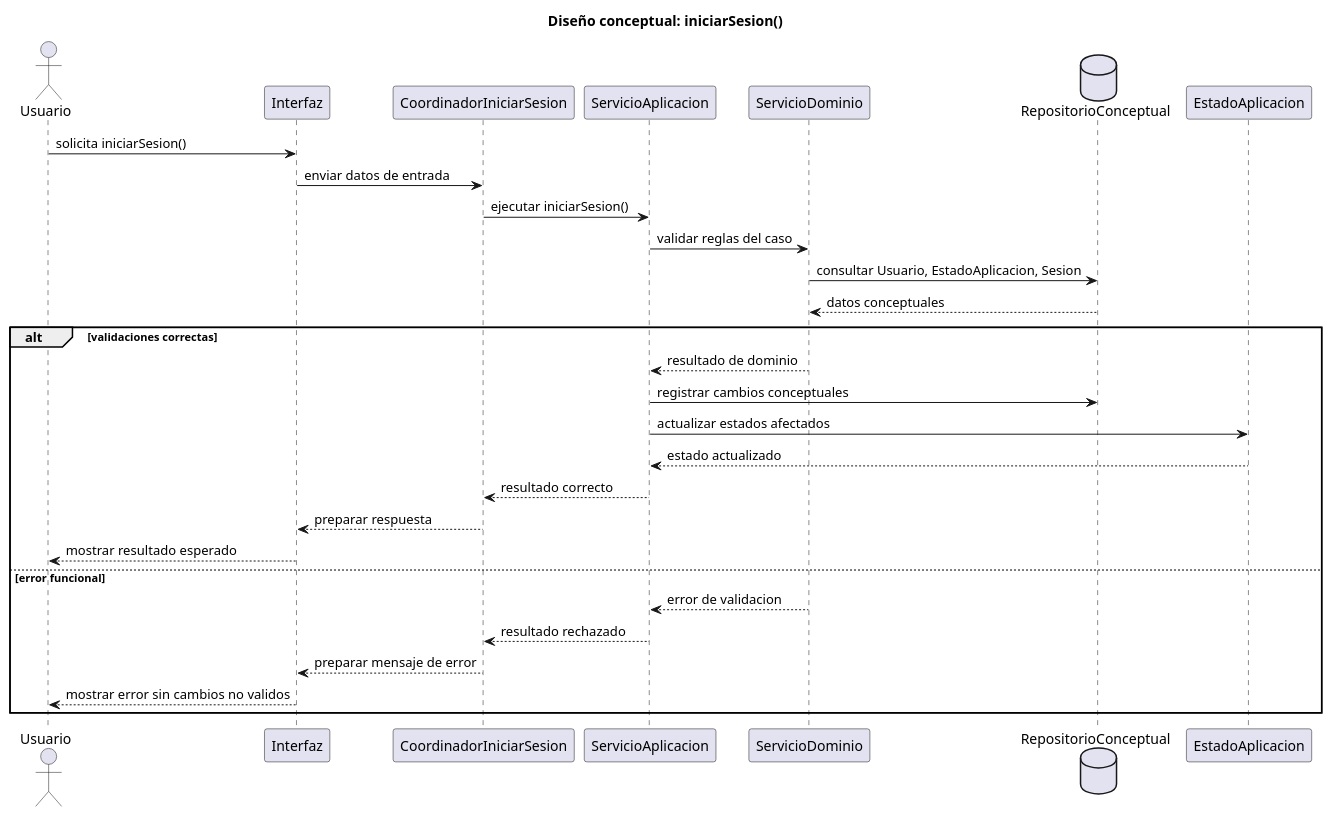
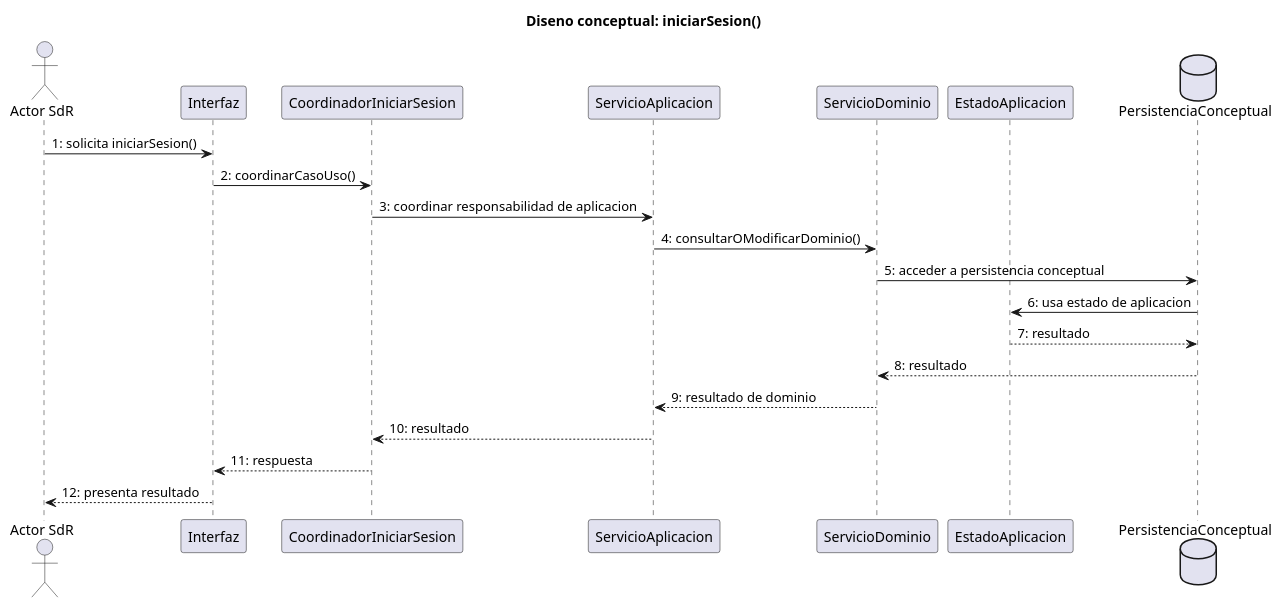
One commit to inigovaqueroo04/25-26-idsw2-sdVC changed the diagram in documents/RUP/02-diseño/casos-uso/gestion-sesion/iniciarSesion/README.md. Above: the diagram before and after it, drawn with PlantUML. The commit also changed other lines of this file and 24 other files, not shown here.

Commit message:
docs: validar trazabilidad integral de diseno

````diff
--- a/documents/RUP/02-diseño/casos-uso/gestion-sesion/iniciarSesion/README.md
+++ b/documents/RUP/02-diseño/casos-uso/gestion-sesion/iniciarSesion/README.md
@@ -85,36 +85,27 @@
 ```plantuml
 @startuml iniciarSesion-diseno-secuencia
-title Diseño conceptual: iniciarSesion()
+title Diseno conceptual: iniciarSesion()
 
-actor "Usuario" as Usuario
+actor "Actor SdR" as Actor
 participant "Interfaz" as Interfaz
 participant "CoordinadorIniciarSesion" as Coordinador
 participant "ServicioAplicacion" as ServicioAplicacion
 participant "ServicioDominio" as ServicioDominio
-database "RepositorioConceptual" as Repositorio
 participant "EstadoAplicacion" as EstadoAplicacion
+database "PersistenciaConceptual" as Persistencia
 
-Usuario -> Interfaz : solicita iniciarSesion()
-Interfaz -> Coordinador : enviar datos de entrada
-Coordinador -> ServicioAplicacion : ejecutar iniciarSesion()
-ServicioAplicacion -> ServicioDominio : validar reglas del caso
-ServicioDominio -> Repositorio : consultar Usuario, EstadoAplicacion, Sesion
-Repositorio --> ServicioDominio : datos conceptuales
-
-alt validaciones correctas
-  ServicioDominio --> ServicioAplicacion : resultado de dominio
-  ServicioAplicacion -> Repositorio : registrar cambios conceptuales
-  ServicioAplicacion -> EstadoAplicacion : actualizar estados afectados
-  EstadoAplicacion --> ServicioAplicacion : estado actualizado
-  ServicioAplicacion --> Coordinador : resultado correcto
-  Coordinador --> Interfaz : preparar respuesta
-  Interfaz --> Usuario : mostrar resultado esperado
-else error funcional
-  ServicioDominio --> ServicioAplicacion : error de validacion
-  ServicioAplicacion --> Coordinador : resultado rechazado
-  Coordinador --> Interfaz : preparar mensaje de error
-  Interfaz --> Usuario : mostrar error sin cambios no validos
-end
+Actor -> Interfaz : 1: solicita iniciarSesion()
+Interfaz -> Coordinador : 2: coordinarCasoUso()
+Coordinador -> ServicioAplicacion : 3: coordinar responsabilidad de aplicacion
+ServicioAplicacion -> ServicioDominio : 4: consultarOModificarDominio()
+ServicioDominio -> Persistencia : 5: acceder a persistencia conceptual
+Persistencia -> EstadoAplicacion : 6: usa estado de aplicacion
+EstadoAplicacion --> Persistencia : 7: resultado
+Persistencia --> ServicioDominio : 8: resultado
+ServicioDominio --> ServicioAplicacion : 9: resultado de dominio
+ServicioAplicacion --> Coordinador : 10: resultado
+Coordinador --> Interfaz : 11: respuesta
+Interfaz --> Actor : 12: presenta resultado
 
 @enduml
 ```
````
